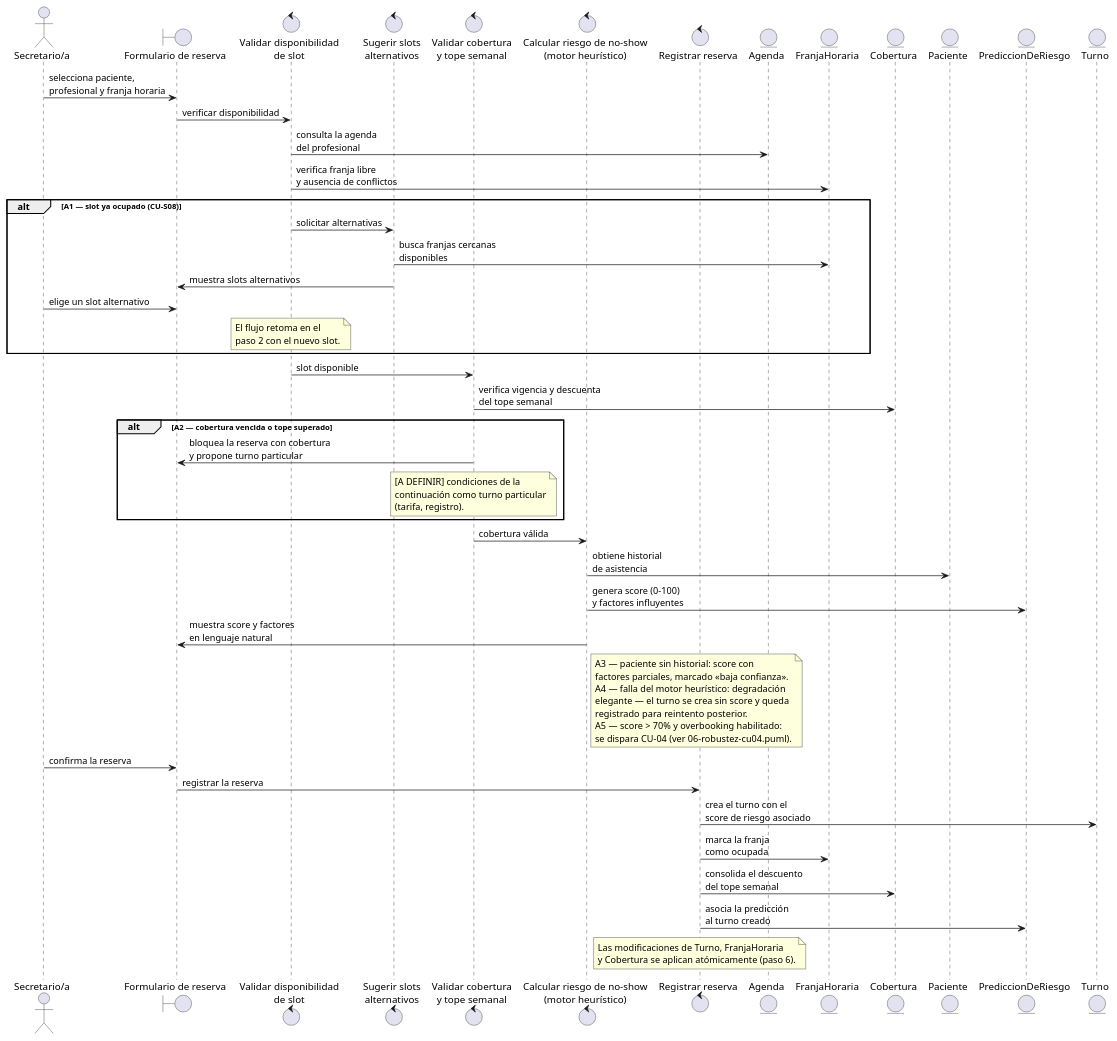
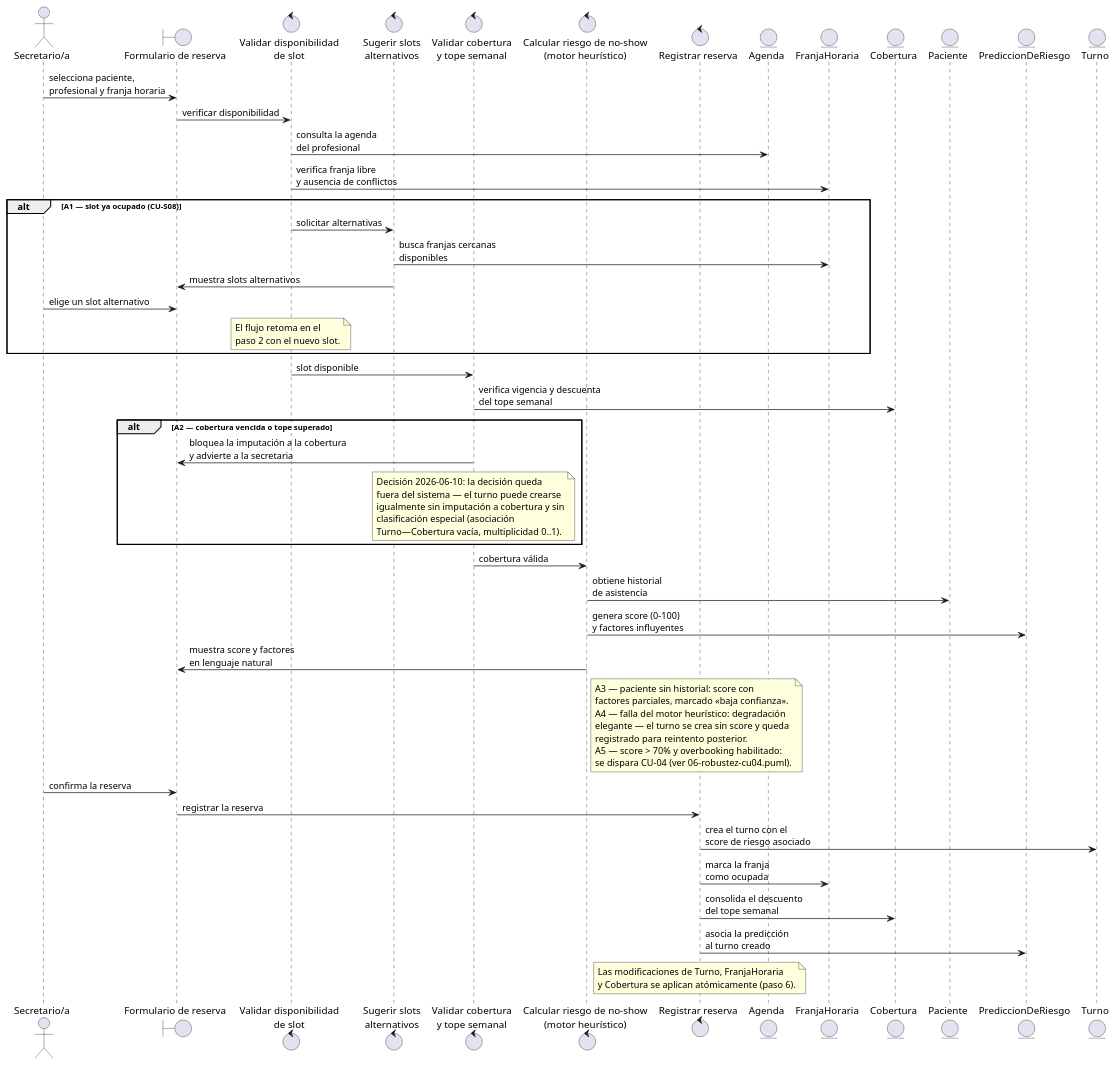
The diagram in seminario/iconix/diagramas/03-robustez-cu01.puml (JulianDeco/sist_clinica), drawn with PlantUML before and after one commit. The commit also changed 9 other files, not shown here.

Commit message:
docs(T-020): decisiones de negocio 2026-06-10 — cobertura sin imputación (advertencia), aviso a staff sin lista de espera, config solo ventanas, máquinas de estado Turno/Consulta separadas

```diff
--- a/seminario/iconix/diagramas/03-robustez-cu01.puml
+++ b/seminario/iconix/diagramas/03-robustez-cu01.puml
@@ -1,108 +1,110 @@
 @startuml robustez_CU01
 ' =====================================================================
 ' Diagrama de robustez ICONIX — CU-01 Reservar turno con validación integral
 ' Entrega T-020 — deliverable 6 · Seminario de Trabajo Final UAI 2026
 '
 ' Cubre: seminario/iconix/02-especificacion-casos-de-uso.md → sección CU-01
 '   (curso básico pasos 1–6, cursos alternos A1–A5) e incorpora los CU de
 '   soporte incluidos: CU-S03 (Validar disponibilidad), CU-S04 (Validar
 '   cobertura), CU-S05 (Calcular riesgo) y la extensión CU-S08 (Sugerir
 '   slots alternativos).
 ' Entidades: tomadas 1:1 del modelo de dominio (02-dominio.puml).
 '
 ' Trazabilidad curso básico → flechas:
 '   Paso 1 → Secretario -> UI «selecciona paciente, profesional y franja»
 '   Paso 2 → UI -> VDISP ; VDISP -> AGE ; VDISP -> FRA          (CU-S03)
 '   Paso 3 → VDISP -> VCOB ; VCOB -> COB                        (CU-S04)
 '   Paso 4 → VCOB -> RIESGO ; RIESGO -> PAC ; RIESGO -> PRED ;
 '            RIESGO -> UI                                       (CU-S05)
 '   Paso 5 → Secretario -> UI «confirma la reserva»
 '   Paso 6 → UI -> REG ; REG -> TUR ; REG -> FRA ; REG -> COB ;
 '            REG -> PRED (atómico)
 ' Cursos alternos:
 '   A1 → rama alt: VDISP -> SUG ; SUG -> FRA ; SUG -> UI ;
 '        Secretario -> UI (retoma paso 2)                       (CU-S08)
-'   A2 → rama alt: VCOB -> UI (bloquea, propone particular)
+'   A2 → rama alt: VCOB -> UI (bloquea imputación, advierte)
 '   A3 → nota sobre RIESGO (score parcial, «baja confianza»)
 '   A4 → nota sobre RIESGO (degradación elegante, sin score)
 '   A5 → nota sobre RIESGO (dispara CU-04, ver 06-robustez-cu04.puml)
 ' =====================================================================
 
 actor "Secretario/a" as Secretario
 boundary "Formulario de reserva" as UI
 control "Validar disponibilidad\nde slot" as VDISP
 control "Sugerir slots\nalternativos" as SUG
 control "Validar cobertura\ny tope semanal" as VCOB
 control "Calcular riesgo de no-show\n(motor heurístico)" as RIESGO
 control "Registrar reserva" as REG
 entity "Agenda" as AGE
 entity "FranjaHoraria" as FRA
 entity "Cobertura" as COB
 entity "Paciente" as PAC
 entity "PrediccionDeRiesgo" as PRED
 entity "Turno" as TUR
 
 ' ----- Paso 1 -----
 Secretario -> UI : selecciona paciente,\nprofesional y franja horaria
 
 ' ----- Paso 2 (CU-S03 «Validar disponibilidad de slot») -----
 UI -> VDISP : verificar disponibilidad
 VDISP -> AGE : consulta la agenda\ndel profesional
 VDISP -> FRA : verifica franja libre\ny ausencia de conflictos
 
 alt A1 — slot ya ocupado (CU-S08)
   VDISP -> SUG : solicitar alternativas
   SUG -> FRA : busca franjas cercanas\ndisponibles
   SUG -> UI : muestra slots alternativos
   Secretario -> UI : elige un slot alternativo
   note over VDISP
     El flujo retoma en el
     paso 2 con el nuevo slot.
   end note
 end
 
 ' ----- Paso 3 (CU-S04 «Validar cobertura y tope semanal») -----
 VDISP -> VCOB : slot disponible
 VCOB -> COB : verifica vigencia y descuenta\ndel tope semanal
 
 alt A2 — cobertura vencida o tope superado
-  VCOB -> UI : bloquea la reserva con cobertura\ny propone turno particular
+  VCOB -> UI : bloquea la imputación a la cobertura\ny advierte a la secretaria
   note over VCOB
-    [A DEFINIR] condiciones de la
-    continuación como turno particular
-    (tarifa, registro).
+    Decisión 2026-06-10: la decisión queda
+    fuera del sistema — el turno puede crearse
+    igualmente sin imputación a cobertura y sin
+    clasificación especial (asociación
+    Turno—Cobertura vacía, multiplicidad 0..1).
   end note
 end
 
 ' ----- Paso 4 (CU-S05 «Calcular riesgo de no-show») -----
 VCOB -> RIESGO : cobertura válida
 RIESGO -> PAC : obtiene historial\nde asistencia
 RIESGO -> PRED : genera score (0–100)\ny factores influyentes
 RIESGO -> UI : muestra score y factores\nen lenguaje natural
 
 note right of RIESGO
   A3 — paciente sin historial: score con
   factores parciales, marcado «baja confianza».
   A4 — falla del motor heurístico: degradación
   elegante — el turno se crea sin score y queda
   registrado para reintento posterior.
   A5 — score > 70% y overbooking habilitado:
   se dispara CU-04 (ver 06-robustez-cu04.puml).
 end note
 
 ' ----- Paso 5 -----
 Secretario -> UI : confirma la reserva
 
 ' ----- Paso 6 -----
 UI -> REG : registrar la reserva
 REG -> TUR : crea el turno con el\nscore de riesgo asociado
 REG -> FRA : marca la franja\ncomo ocupada
 REG -> COB : consolida el descuento\ndel tope semanal
 REG -> PRED : asocia la predicción\nal turno creado
 
 note over REG
   Las modificaciones de Turno, FranjaHoraria
   y Cobertura se aplican atómicamente (paso 6).
 end note
 
 @enduml
```
